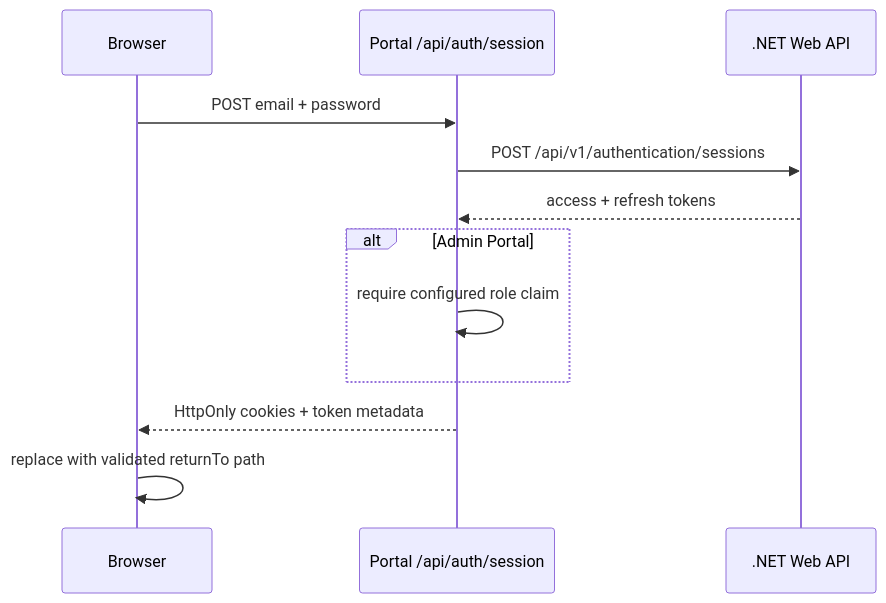
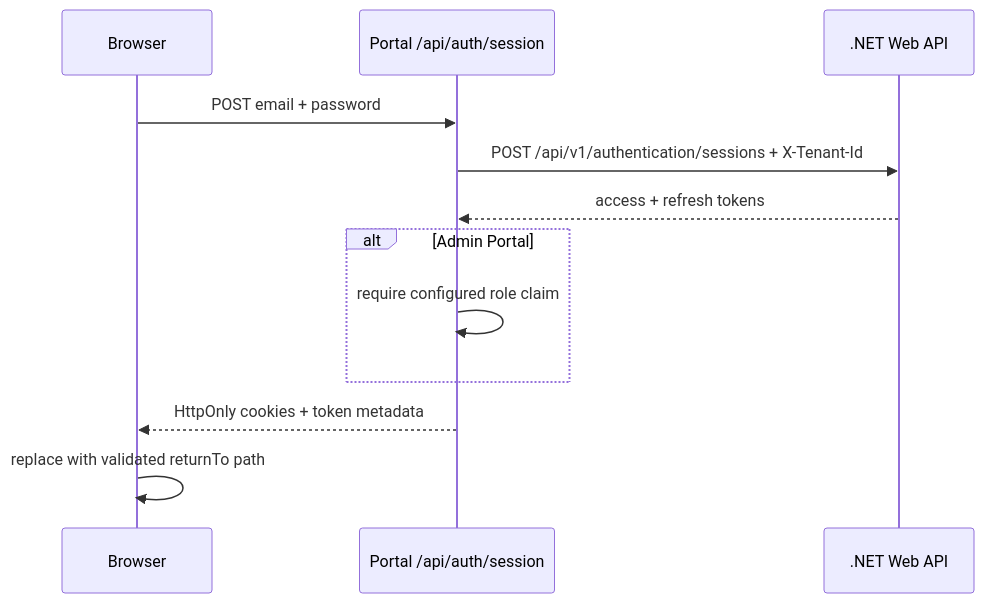
One commit to chukwuemekanweke/nextjs-project-template changed the first of 3 diagrams in docs/architecture/09-authentication-and-session-management.md. Above: the diagram before and after it, drawn with Mermaid. The commit also changed other lines of this file and 31 other files, not shown here.

Commit message:
feat(auth): protect portal routes with tenant-aware sessions (#15)

````diff
--- a/docs/architecture/09-authentication-and-session-management.md
+++ b/docs/architecture/09-authentication-and-session-management.md
@@ -7,14 +7,14 @@
 ```mermaid
 sequenceDiagram
   participant Browser
   participant Portal as Portal /api/auth/session
   participant Backend as .NET Web API
   Browser->>Portal: POST email + password
-  Portal->>Backend: POST /api/v1/authentication/sessions
+  Portal->>Backend: POST /api/v1/authentication/sessions + X-Tenant-Id
   Backend-->>Portal: access + refresh tokens
   alt Admin Portal
     Portal->>Portal: require configured role claim
   end
   Portal-->>Browser: HttpOnly cookies + token metadata
   Browser->>Browser: replace with validated returnTo path
 ```
````
